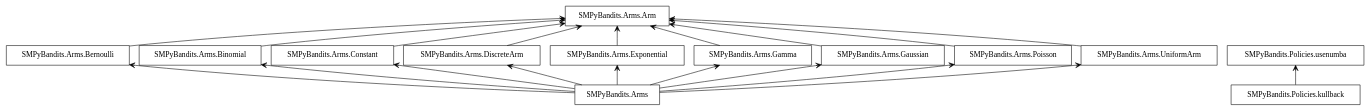
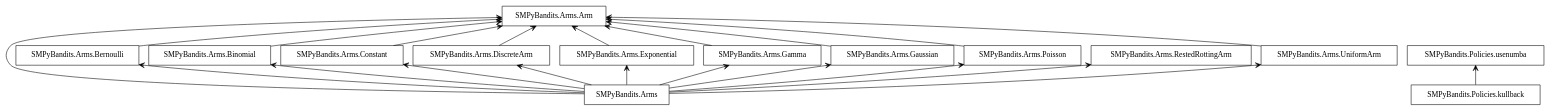
Before and after one commit to SMPyBandits/SMPyBandits: the diagram in uml_diagrams/packages_SMPyBandits.Arms.dot, drawn with Graphviz. The commit also changed 26 other files, not shown here.

Commit message:
Update stats and UML diagrams

```diff
--- a/uml_diagrams/packages_SMPyBandits.Arms.dot
+++ b/uml_diagrams/packages_SMPyBandits.Arms.dot
@@ -1,36 +1,39 @@
 digraph "packages_SMPyBandits.Arms" {
 charset="utf-8"
 rankdir=BT
 "0" [label="SMPyBandits.Arms", shape="box"];
 "1" [label="SMPyBandits.Arms.Arm", shape="box"];
 "2" [label="SMPyBandits.Arms.Bernoulli", shape="box"];
 "3" [label="SMPyBandits.Arms.Binomial", shape="box"];
 "4" [label="SMPyBandits.Arms.Constant", shape="box"];
 "5" [label="SMPyBandits.Arms.DiscreteArm", shape="box"];
 "6" [label="SMPyBandits.Arms.Exponential", shape="box"];
 "7" [label="SMPyBandits.Arms.Gamma", shape="box"];
 "8" [label="SMPyBandits.Arms.Gaussian", shape="box"];
 "9" [label="SMPyBandits.Arms.Poisson", shape="box"];
-"10" [label="SMPyBandits.Arms.UniformArm", shape="box"];
-"11" [label="SMPyBandits.Policies.kullback", shape="box"];
-"12" [label="SMPyBandits.Policies.usenumba", shape="box"];
+"10" [label="SMPyBandits.Arms.RestedRottingArm", shape="box"];
+"11" [label="SMPyBandits.Arms.UniformArm", shape="box"];
+"12" [label="SMPyBandits.Policies.kullback", shape="box"];
+"13" [label="SMPyBandits.Policies.usenumba", shape="box"];
+"0" -> "1" [arrowhead="open", arrowtail="none"];
 "0" -> "2" [arrowhead="open", arrowtail="none"];
 "0" -> "3" [arrowhead="open", arrowtail="none"];
 "0" -> "4" [arrowhead="open", arrowtail="none"];
 "0" -> "5" [arrowhead="open", arrowtail="none"];
 "0" -> "6" [arrowhead="open", arrowtail="none"];
 "0" -> "7" [arrowhead="open", arrowtail="none"];
 "0" -> "8" [arrowhead="open", arrowtail="none"];
 "0" -> "9" [arrowhead="open", arrowtail="none"];
 "0" -> "10" [arrowhead="open", arrowtail="none"];
+"0" -> "11" [arrowhead="open", arrowtail="none"];
 "2" -> "1" [arrowhead="open", arrowtail="none"];
 "3" -> "1" [arrowhead="open", arrowtail="none"];
 "4" -> "1" [arrowhead="open", arrowtail="none"];
 "5" -> "1" [arrowhead="open", arrowtail="none"];
 "6" -> "1" [arrowhead="open", arrowtail="none"];
 "7" -> "1" [arrowhead="open", arrowtail="none"];
 "8" -> "1" [arrowhead="open", arrowtail="none"];
 "9" -> "1" [arrowhead="open", arrowtail="none"];
-"10" -> "1" [arrowhead="open", arrowtail="none"];
-"11" -> "12" [arrowhead="open", arrowtail="none"];
+"11" -> "1" [arrowhead="open", arrowtail="none"];
+"12" -> "13" [arrowhead="open", arrowtail="none"];
 }
```
